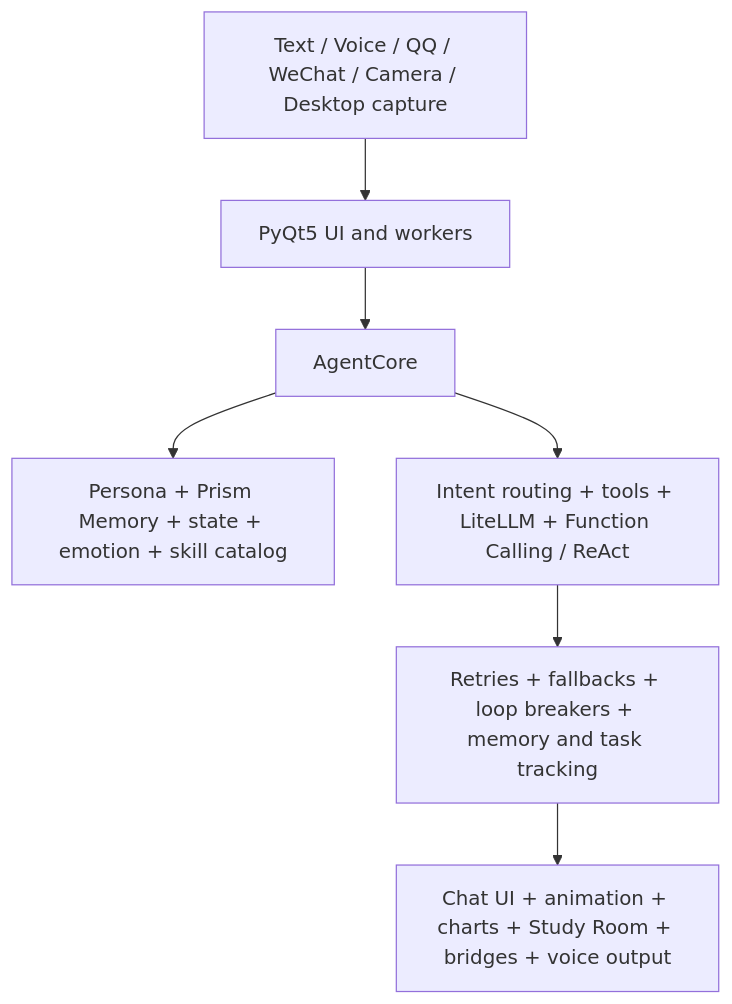
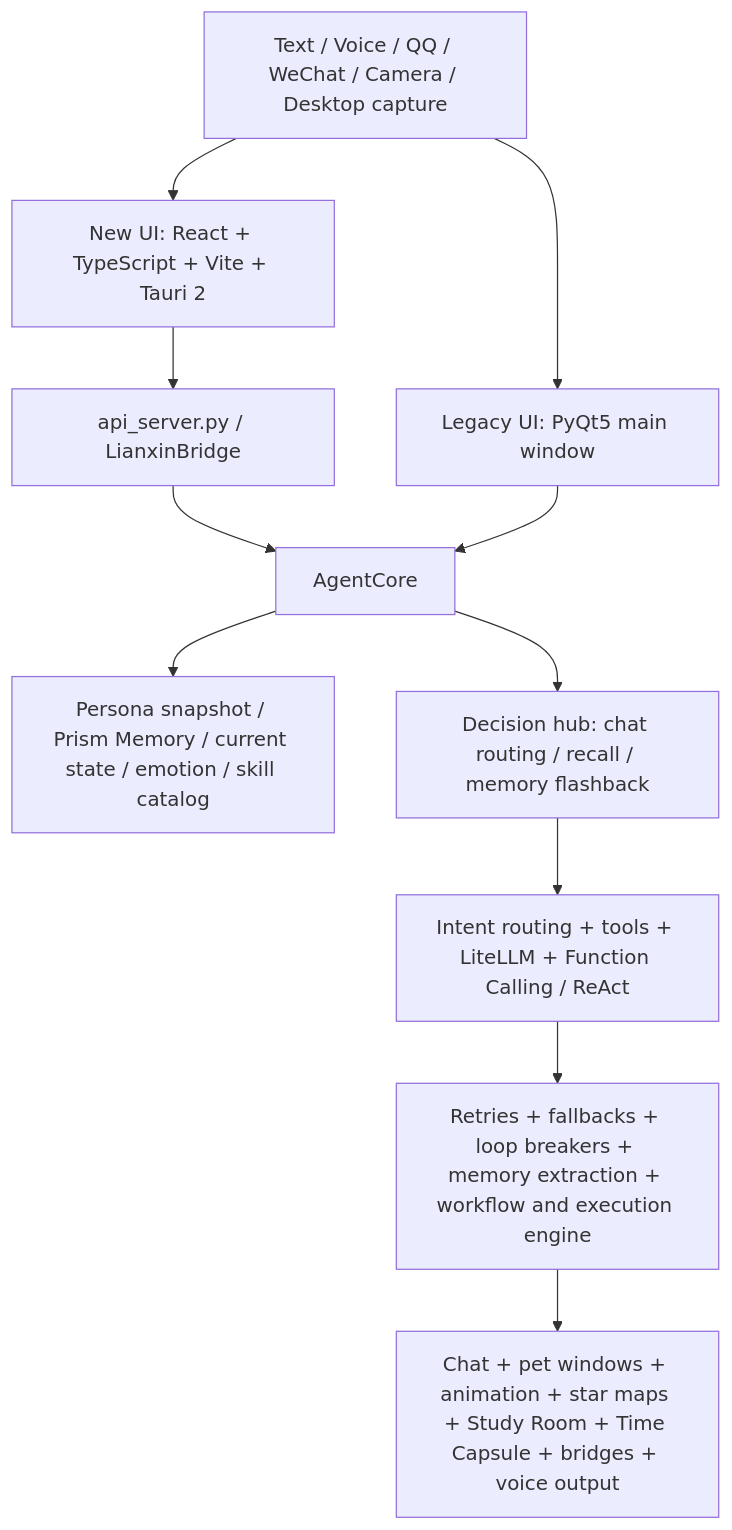
The first of 2 diagrams in data/readmes/yuxinbeiyi__Lianxin-AI.md (zqf20096327/ai_collect), drawn with Mermaid before and after one commit. The commit also changed other lines of this file and 1911 other files, not shown here.

````diff
--- a/data/readmes/yuxinbeiyi__Lianxin-AI.md
+++ b/data/readmes/yuxinbeiyi__Lianxin-AI.md
@@ -96,14 +132,18 @@
 ```mermaid
 flowchart TB
     I[Text / Voice / QQ / WeChat / Camera / Desktop capture]
-    U[PyQt5 UI and workers]
+    U1[New UI: React + TypeScript + Vite + Tauri 2]
+    U2[Legacy UI: PyQt5 main window]
+    S[api_server.py / LianxinBridge]
     A[AgentCore]
-    M[Persona + Prism Memory + state + emotion + skill catalog]
+    M[Persona snapshot / Prism Memory / current state / emotion / skill catalog]
+    D[Decision hub: chat routing / recall / memory flashback]
     T[Intent routing + tools + LiteLLM + Function Calling / ReAct]
-    R[Retries + fallbacks + loop breakers + memory and task tracking]
-    O[Chat UI + animation + charts + Study Room + bridges + voice output]
-    I --> U --> A
+    R[Retries + fallbacks + loop breakers + memory extraction + workflow and execution engine]
+    O[Chat + pet windows + animation + star maps + Study Room + Time Capsule + bridges + voice output]
+    I --> U1 --> S --> A
+    I --> U2 --> A
     A --> M
-    A --> T
+    A --> D --> T
     T --> R --> O
 ```
````
